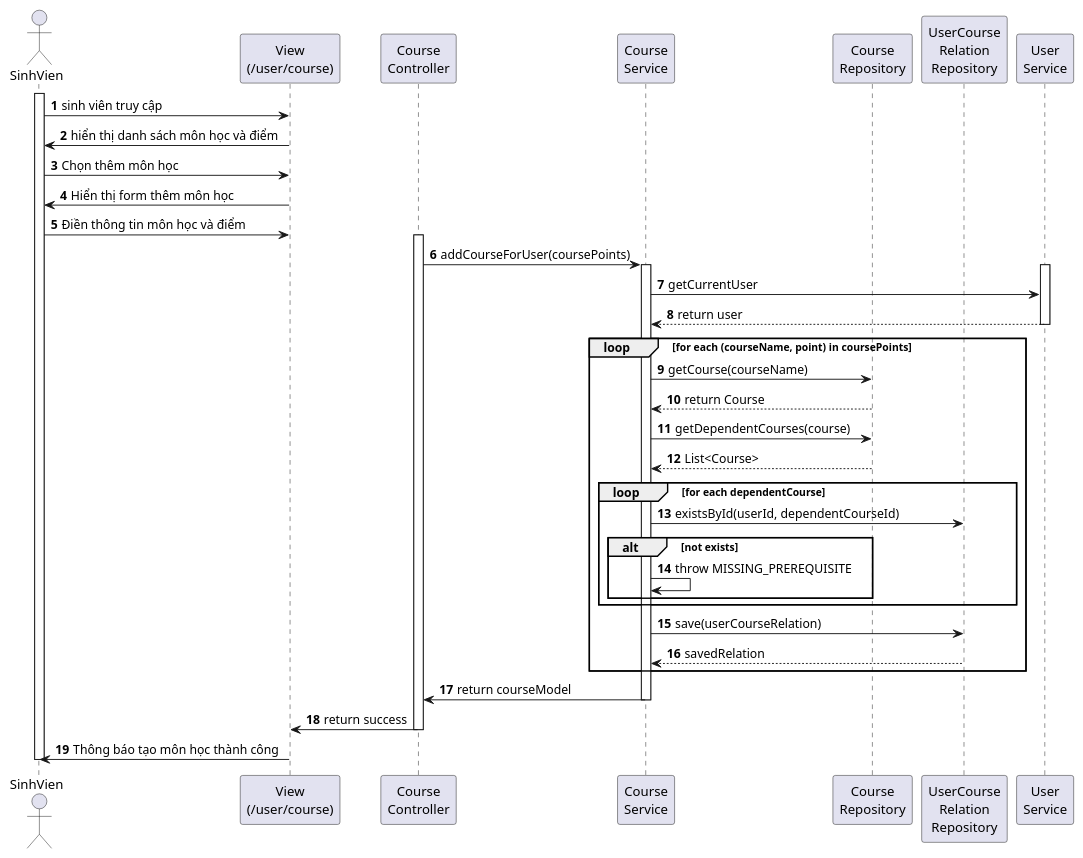
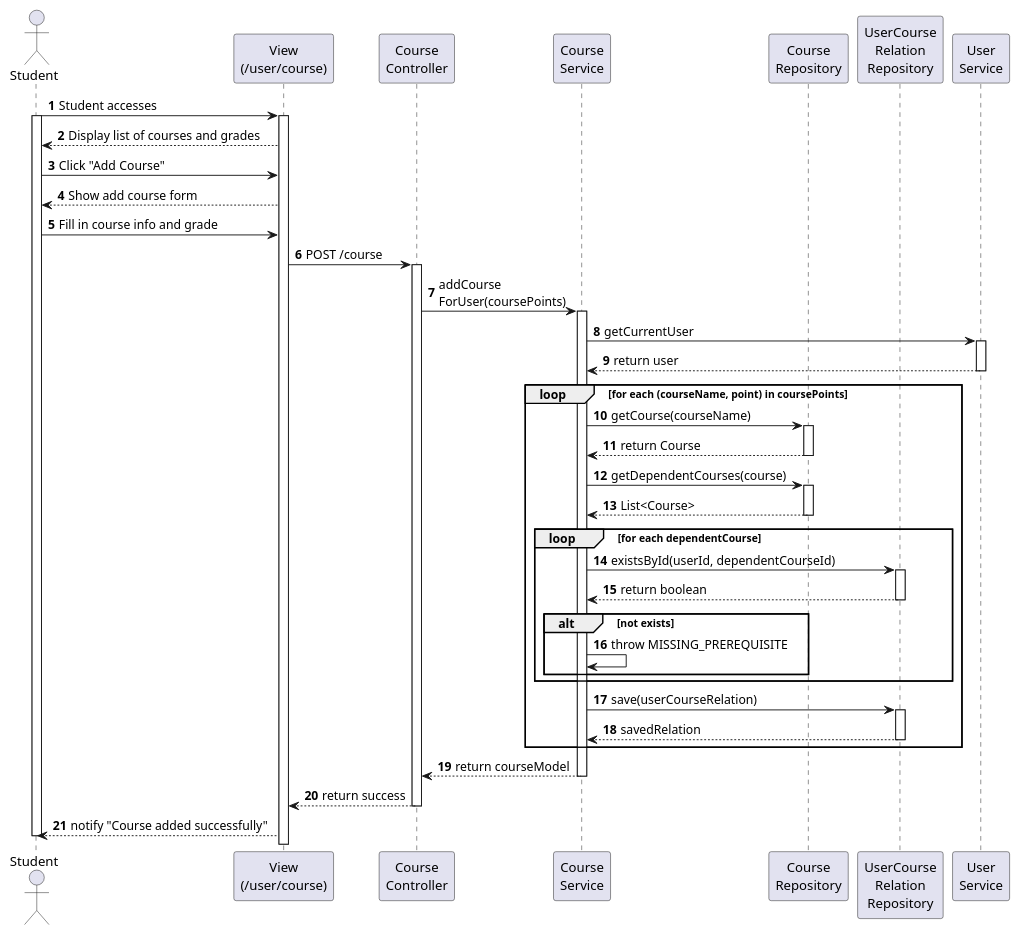
One commit to tandang2003/KLTN-Agile-Scrum-Tuan-Duc changed the diagram in swagger/sequence/student/info_add_course.puml. Above: the diagram before and after it, drawn with PlantUML. The commit also changed 45 other files, not shown here.

Commit message:
feat: update sequence

```diff
--- a/swagger/sequence/student/info_add_course.puml
+++ b/swagger/sequence/student/info_add_course.puml
@@ -1,55 +1,64 @@
 @startuml
 autonumber
-actor SinhVien as SV
+actor Student as SV
 
 participant "View\n(/user/course)" as View
 participant "Course\nController" as Controller
 participant "Course\nService" as Service
 participant "Course\nRepository" as CourseRepo
 participant "UserCourse\nRelation\nRepository" as UCRRepo
 participant "User\nService" as UService
 
+SV -> View : Student accesses
 activate SV
-SV -> View : sinh viên truy cập
-View -> SV : hiển thị danh sách môn học và điểm
-SV -> View : Chọn thêm môn học
-View -> SV : Hiển thị form thêm môn học
-SV -> View : Điền thông tin môn học và điểm
-
+activate View
+View --> SV : Display list of courses and grades
+SV -> View : Click "Add Course"
+View --> SV : Show add course form
+SV -> View : Fill in course info and grade
+View -> Controller: POST /course
 activate Controller
-Controller -> Service : addCourseForUser(coursePoints)
+Controller -> Service : addCourse\nForUser(coursePoints)
 activate Service
 
+Service -> UService: getCurrentUser
 activate UService
-Service -> UService: getCurrentUser
 UService --> Service: return user
 deactivate UService
 
 loop for each (courseName, point) in coursePoints
     Service -> CourseRepo : getCourse(courseName)
+    activate CourseRepo
     CourseRepo --> Service : return Course
-
+    deactivate CourseRepo
     Service -> CourseRepo : getDependentCourses(course)
+    activate CourseRepo
     CourseRepo --> Service : List<Course>
+    deactivate CourseRepo
 
     loop for each dependentCourse
         Service -> UCRRepo : existsById(userId, dependentCourseId)
+        activate UCRRepo
+        UCRRepo --> Service: return boolean
+        deactivate UCRRepo
         alt not exists
             Service -> Service : throw MISSING_PREREQUISITE
         end
     end
 
     Service -> UCRRepo : save(userCourseRelation)
+    activate UCRRepo
     UCRRepo --> Service : savedRelation
+    deactivate UCRRepo
 end
 
-Service -> Controller : return courseModel
+Service --> Controller : return courseModel
 deactivate Service
 
-Controller -> View : return success
+Controller --> View : return success
 deactivate Controller
 
-View -> SV : Thông báo tạo môn học thành công
-deactivate SV 
+View --> SV : notify "Course added successfully"
+deactivate SV
 
 @enduml
```
